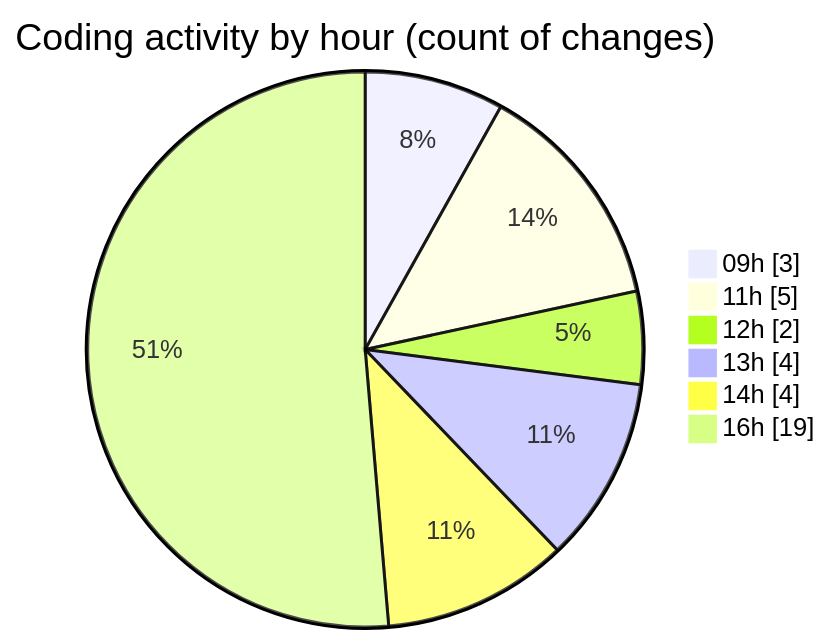
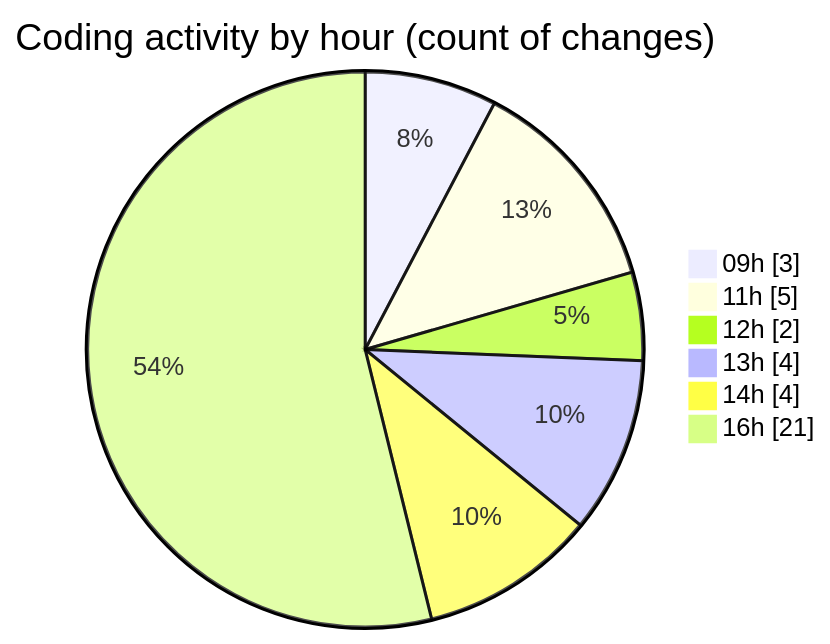
One commit to ricardozamudiocil/code-tracking changed the second of 2 diagrams in 2026-03-03/cilapp/README.md. Above: the diagram before and after it, drawn with Mermaid. The commit also changed other lines of this file and 1 other file, not shown here.

````diff
--- a/2026-03-03/cilapp/README.md
+++ b/2026-03-03/cilapp/README.md
@@ -38,10 +38,10 @@
 ```mermaid
 pie showData
 title Coding activity by hour (count of changes)
 "09h" : 3
 "11h" : 5
 "12h" : 2
 "13h" : 4
 "14h" : 4
-"16h" : 19
+"16h" : 21
 ```
````
